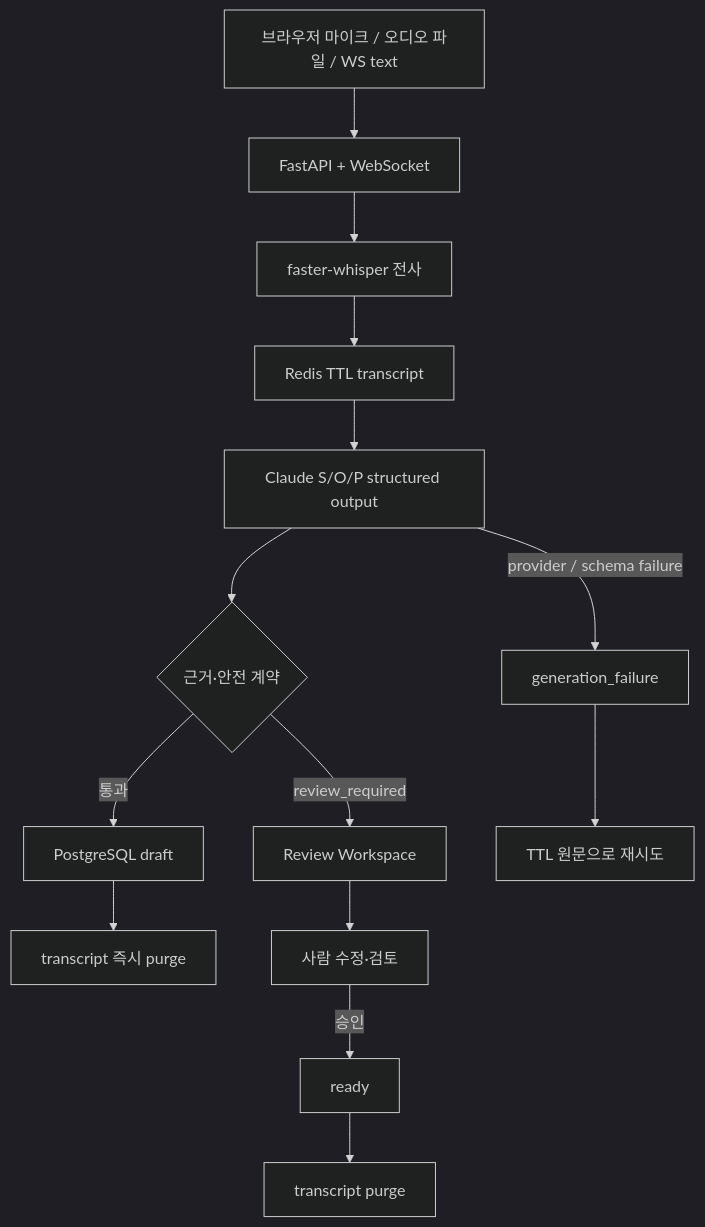
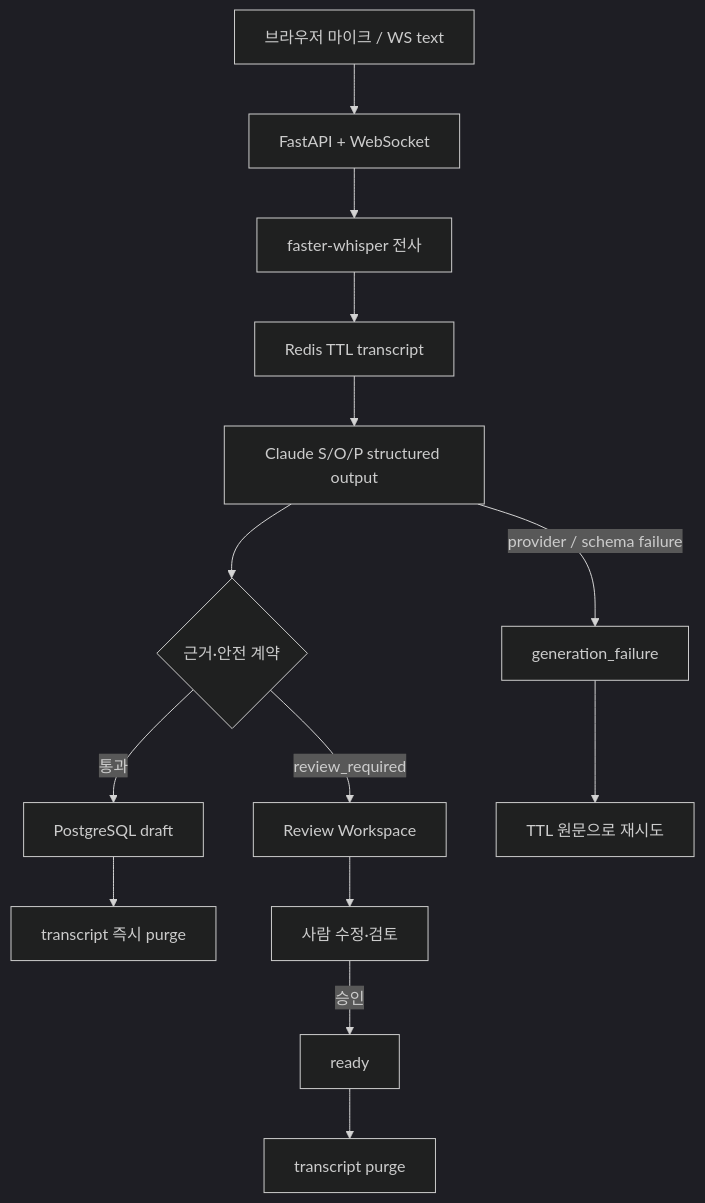
One commit to sokldjs554/careflow-backend changed the diagram in README.md. Above: the diagram before and after it, drawn with Mermaid (dark theme). The commit also changed other lines of this file, not shown here.

````diff
--- a/README.md
+++ b/README.md
@@ -40,16 +40,16 @@
 ```mermaid
 flowchart TD
-    A[브라우저 마이크 / 오디오 파일 / WS text] --> B[FastAPI + WebSocket]
+    A[브라우저 마이크 / WS text] --> B[FastAPI + WebSocket]
     B --> C[faster-whisper 전사]
     C --> D[Redis TTL transcript]
     D --> E[Claude S/O/P structured output]
     E --> F{근거·안전 계약}
     F -->|통과| G[PostgreSQL draft]
     G --> H[transcript 즉시 purge]
     F -->|review_required| I[Review Workspace]
     I --> J[사람 수정·검토]
     J -->|승인| K[ready]
     K --> L[transcript purge]
     E -->|provider / schema failure| M[generation_failure]
     M --> N[TTL 원문으로 재시도]
 ```
````
